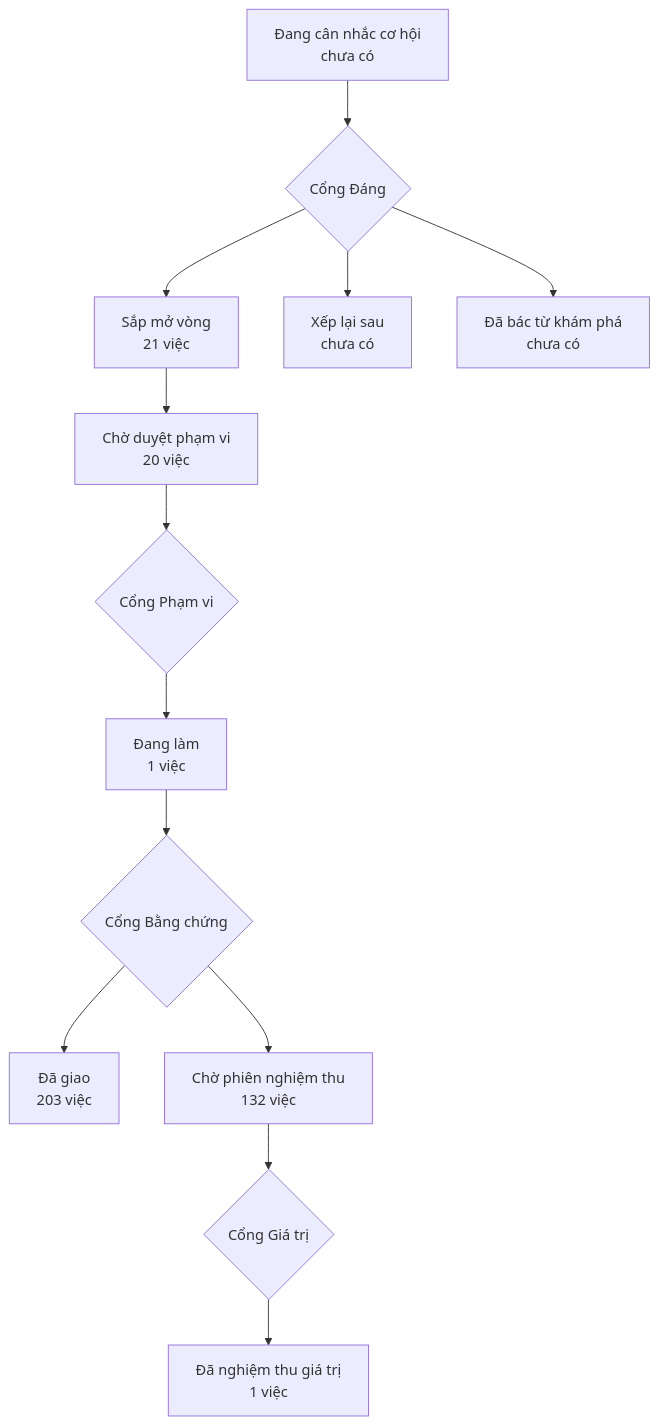
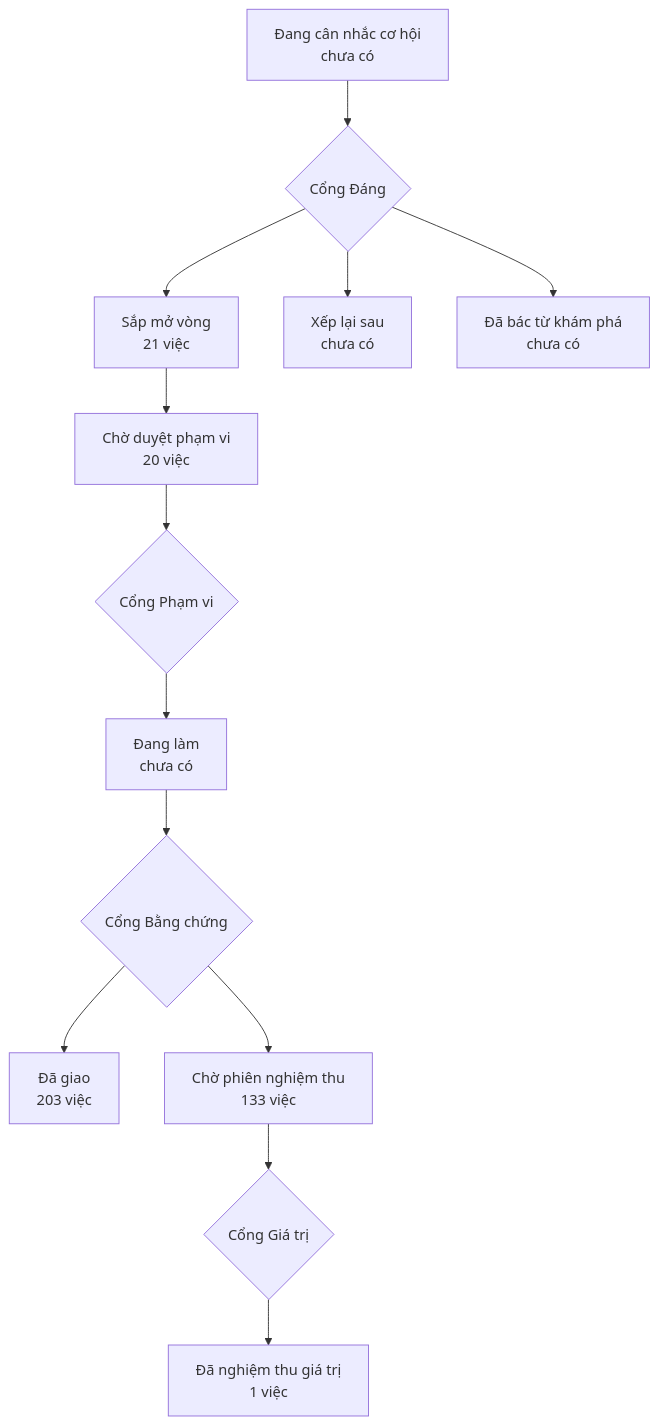
One commit to phanlemanh/onehub-invest changed the diagram in PRODUCT-MAP.md. Above: the diagram before and after it, drawn with Mermaid. The commit also changed other lines of this file and 4 other files, not shown here.

````diff
--- a/PRODUCT-MAP.md
+++ b/PRODUCT-MAP.md
@@ -7,12 +7,12 @@
 ```mermaid
 flowchart TD
   A["Đang cân nhắc cơ hội<br/>chưa có"] --> GD{"Cổng Đáng"}
   GD --> B["Sắp mở vòng<br/>21 việc"]
   GD --> XL["Xếp lại sau<br/>chưa có"]
   GD --> DB["Đã bác từ khám phá<br/>chưa có"]
   B --> CD["Chờ duyệt phạm vi<br/>20 việc"] --> GP{"Cổng Phạm vi"}
-  GP --> DL["Đang làm<br/>1 việc"] --> GB{"Cổng Bằng chứng"}
+  GP --> DL["Đang làm<br/>chưa có"] --> GB{"Cổng Bằng chứng"}
   GB --> DG["Đã giao<br/>203 việc"]
-  GB --> CN["Chờ phiên nghiệm thu<br/>132 việc"] --> GG{"Cổng Giá trị"}
+  GB --> CN["Chờ phiên nghiệm thu<br/>133 việc"] --> GG{"Cổng Giá trị"}
   GG --> NT["Đã nghiệm thu giá trị<br/>1 việc"]
 ```
````
